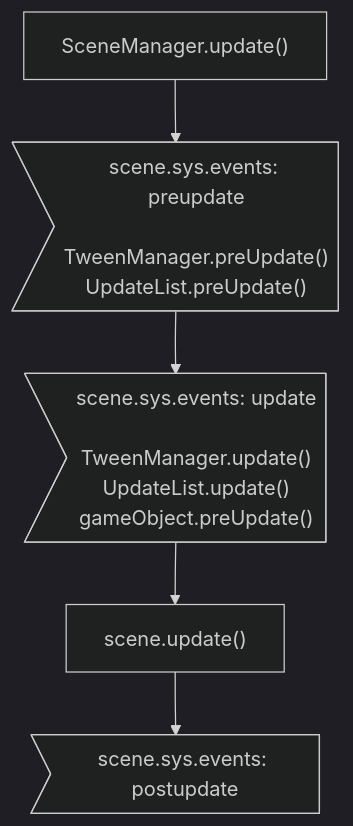
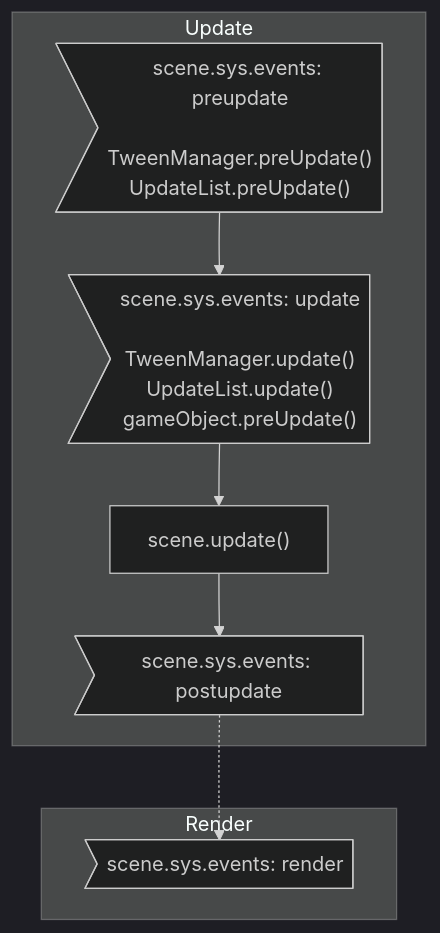
One commit to rexrainbow/phaser3-rex-notes changed the second of 2 diagrams in docs/docs/mainloop.md. Above: the diagram before and after it, drawn with Mermaid (dark theme). The commit also changed other lines of this file and 144 other files, not shown here.

````diff
--- a/docs/docs/mainloop.md
+++ b/docs/docs/mainloop.md
@@ -53,14 +64,21 @@
 ```mermaid
 graph TB
 
-SceneManagerUpdate["SceneManager.update()"]
+subgraph Render
+SceneEventRender>"scene.sys.events: render"]
+end
+
+subgraph Update
 SceneEventPreUpdate>"scene.sys.events: preupdate<br><br>TweenManager.preUpdate()<br>UpdateList.preUpdate()"]
 SceneEventUpdate>"scene.sys.events: update<br><br>TweenManager.update()<br>UpdateList.update()<br>gameObject.preUpdate()"]
 SceneUpdate["scene.update()"]
 SceneEventPostUpdate>"scene.sys.events: postupdate"]
+end
 
-SceneManagerUpdate --> SceneEventPreUpdate
+
 SceneEventPreUpdate --> SceneEventUpdate
 SceneEventUpdate --> SceneUpdate
 SceneUpdate --> SceneEventPostUpdate
+
+SceneEventPostUpdate -.-> SceneEventRender
 ```
````
